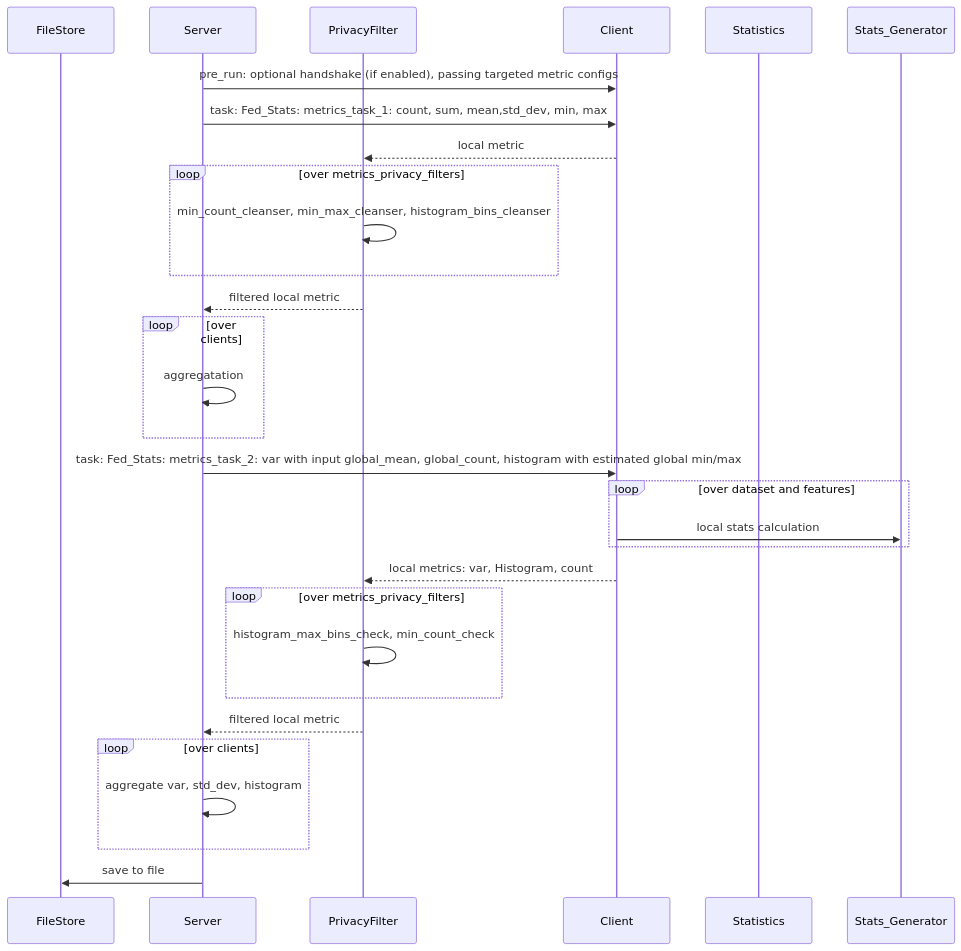
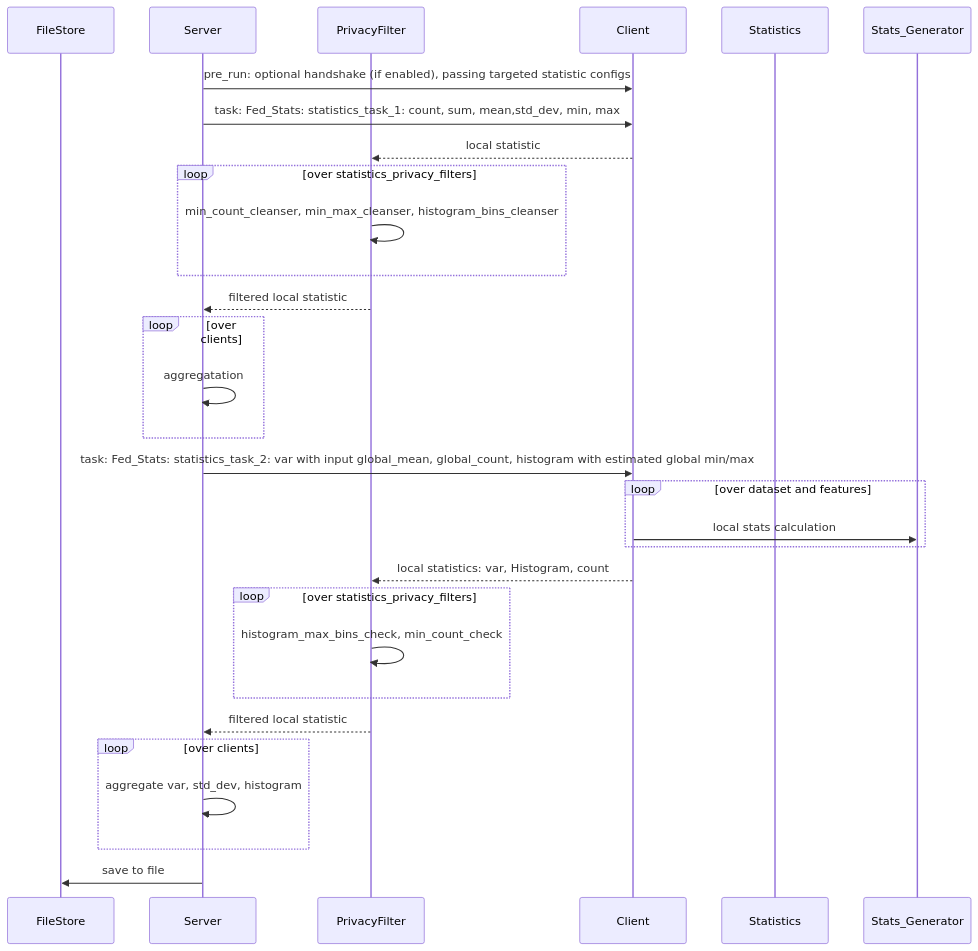
Before and after one commit to NVIDIA/NVFlare: the diagram in examples/federated_statistics/README.md, drawn with Mermaid. The commit also changed other lines of this file and 28 other files, not shown here.

Commit message:
rename metric, metrics to static, statics for codes and doc.

````diff
--- a/examples/federated_statistics/README.md
+++ b/examples/federated_statistics/README.md
@@ -28,32 +28,32 @@
 ```mermaid
  
 sequenceDiagram
     participant FileStore
     participant Server
     participant PrivacyFilter
     participant Client
     participant Statistics
-    Server->>Client: pre_run: optional handshake (if enabled), passing targeted metric configs
-    Server->>Client: task: Fed_Stats: metrics_task_1: count, sum, mean,std_dev, min, max 
-    Client-->>PrivacyFilter: local metric
-     loop over metrics_privacy_filters
+    Server->>Client: pre_run: optional handshake (if enabled), passing targeted statistic configs
+    Server->>Client: task: Fed_Stats: statistics_task_1: count, sum, mean,std_dev, min, max 
+    Client-->>PrivacyFilter: local statistic
+     loop over statistics_privacy_filters
         PrivacyFilter->>PrivacyFilter: min_count_cleanser, min_max_cleanser, histogram_bins_cleanser
     end
-    PrivacyFilter-->>Server: filtered local metric
+    PrivacyFilter-->>Server: filtered local statistic
     loop over clients
         Server->>Server: aggregatation
     end
-    Server->>Client:  task: Fed_Stats: metrics_task_2: var with input global_mean, global_count, histogram with estimated global min/max
+    Server->>Client:  task: Fed_Stats: statistics_task_2: var with input global_mean, global_count, histogram with estimated global min/max
     loop over dataset and features
        Client->>Stats_Generator: local stats calculation
     end
-    Client-->>PrivacyFilter: local metrics: var, Histogram, count
-    loop over metrics_privacy_filters
+    Client-->>PrivacyFilter: local statistics: var, Histogram, count
+    loop over statistics_privacy_filters
         PrivacyFilter->>PrivacyFilter: histogram_max_bins_check, min_count_check
     end
-    PrivacyFilter-->>Server: filtered local metric    
+    PrivacyFilter-->>Server: filtered local statistic    
     loop over clients
         Server->>Server: aggregate var, std_dev, histogram
     end
     Server->>FileStore: save to file
 ```
````
